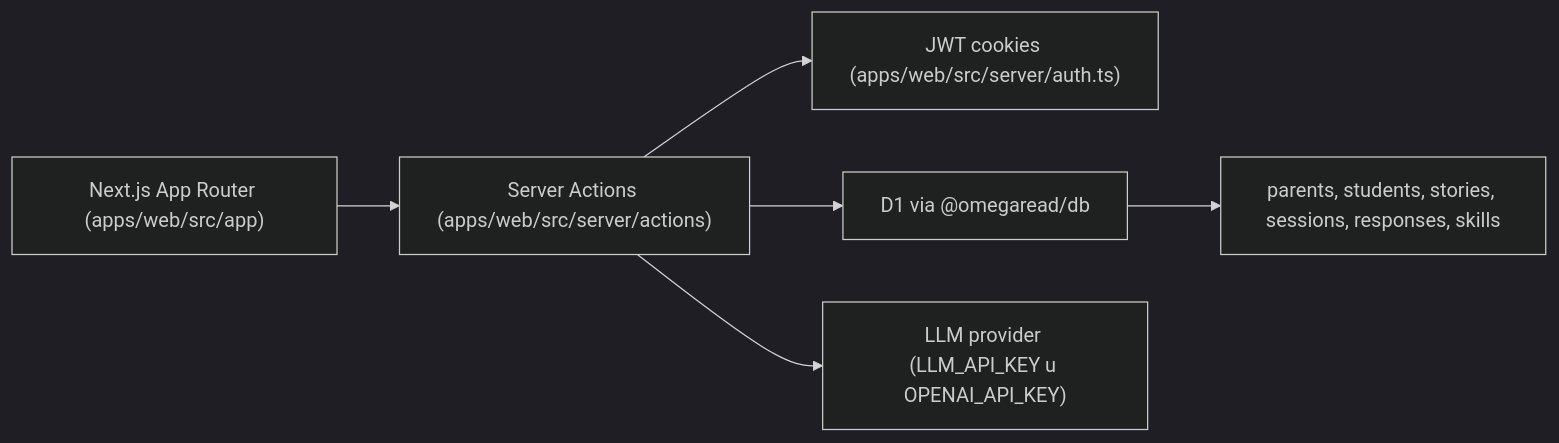
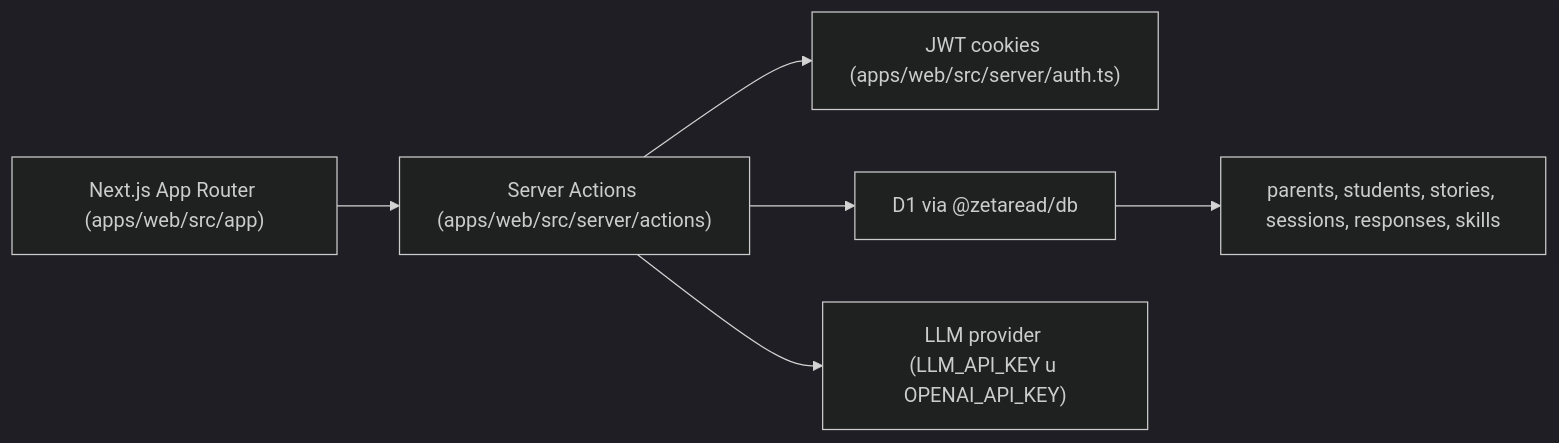
Before and after one commit to DjinnFoundry/omegaread: the diagram in README.md, drawn with Mermaid (dark theme). The commit also changed other lines of this file and 91 other files, not shown here.

````diff
--- a/README.md
+++ b/README.md
@@ -29,8 +29,8 @@
 ```mermaid
 flowchart LR
   UI["Next.js App Router (apps/web/src/app)"] --> Actions["Server Actions (apps/web/src/server/actions)"]
   Actions --> Auth["JWT cookies (apps/web/src/server/auth.ts)"]
-  Actions --> DB["D1 via @omegaread/db"]
+  Actions --> DB["D1 via @zetaread/db"]
   Actions --> LLM["LLM provider (LLM_API_KEY u OPENAI_API_KEY)"]
   DB --> Data["parents, students, stories, sessions, responses, skills"]
 ```
````
